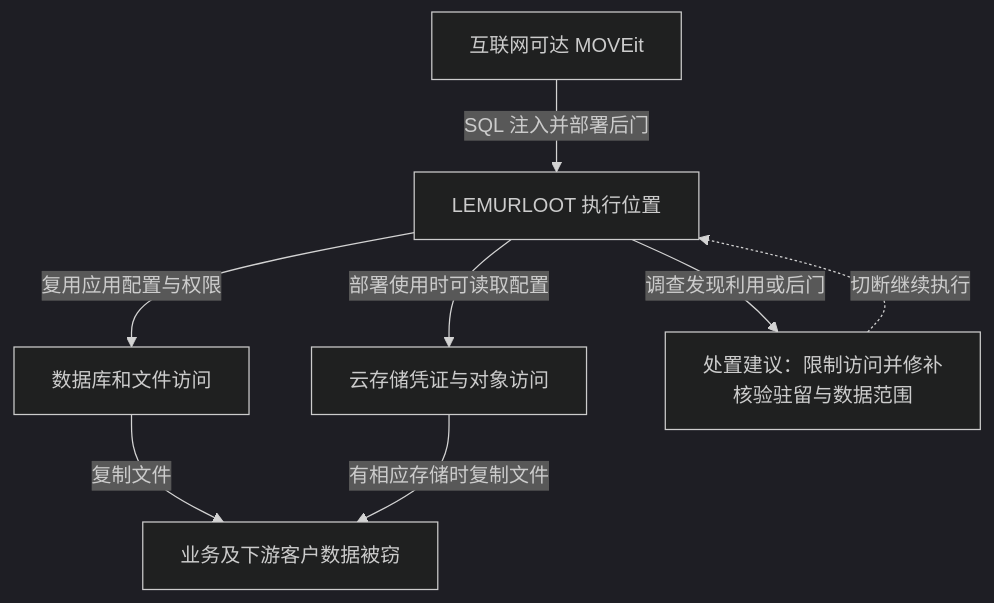
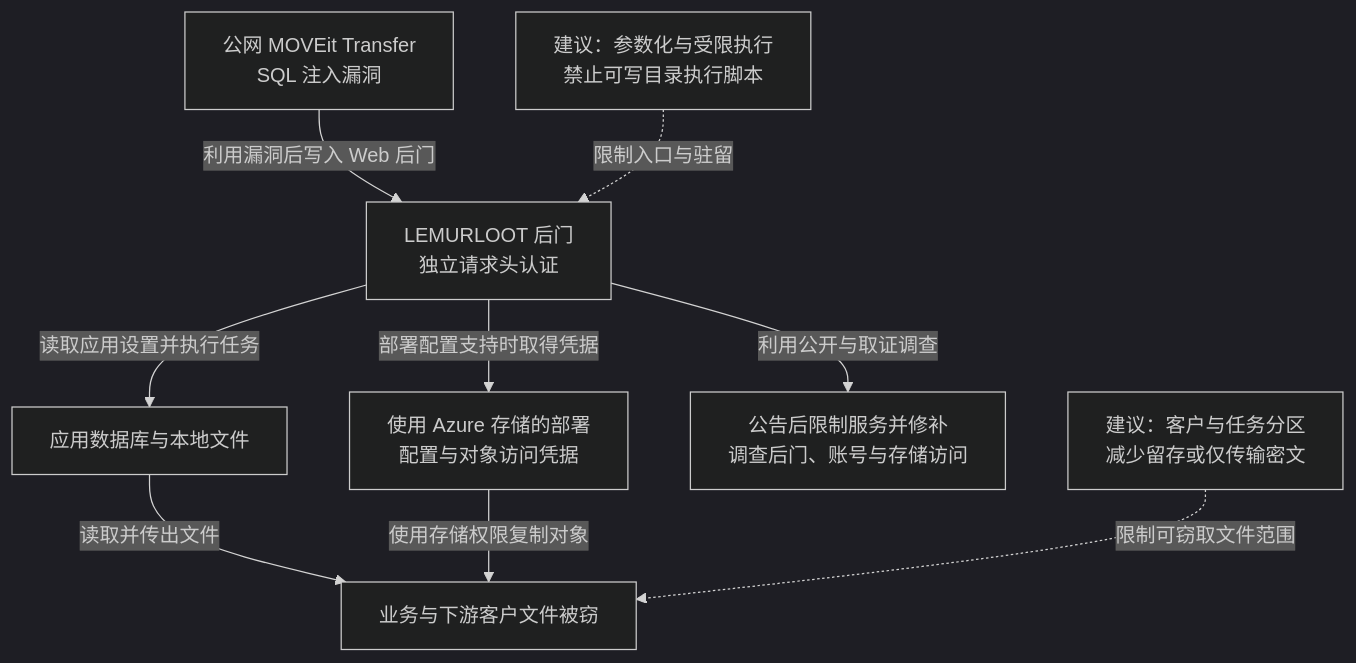
Before and after one commit to FeeiCN/FEEI.CN: the diagram in docs/01-网络安全/01-网络空间安全/01-安全威胁/01-历史攻击事件/2023-MOVEit批量数据窃取事件分析.md, drawn with Mermaid (dark theme). The commit also changed other lines of this file and 21 other files, not shown here.

````diff
--- a/docs/01-网络安全/01-网络空间安全/01-安全威胁/01-历史攻击事件/2023-MOVEit批量数据窃取事件分析.md
+++ b/docs/01-网络安全/01-网络空间安全/01-安全威胁/01-历史攻击事件/2023-MOVEit批量数据窃取事件分析.md
@@ -31,14 +41,24 @@
 ```mermaid
 flowchart TB
-  accTitle: 中转服务的权限扩大文件窃取范围
-  accDescr: 外部攻击利用 SQL 注入后部署 LEMURLOOT，借应用配置访问文件与数据库；若部署使用 Azure 存储，还可能取得相应配置。发现利用后需限制入口、移除驻留并核对文件及凭证，修补不追回外传数据。
-  a["互联网可达 MOVEit"] -->|SQL 注入并部署后门| b["LEMURLOOT 执行位置"]
-  b -->|复用应用配置与权限| c["数据库和文件访问"]
-  b -->|部署使用时可读取配置| d["云存储凭证与对象访问"]
-  c -->|复制文件| e["业务及下游客户数据被窃"]
-  d -->|有相应存储时复制文件| e
-  b -->|调查发现利用或后门| r["处置建议：限制访问并修补<br/>核验驻留与数据范围"]
-  r -. 切断继续执行 .-> b
-  class a,b,c main
-  class r response
+  accTitle: 中转应用失陷如何扩大为多方文件失窃
+  accDescr: SQL 注入后部署的 LEMURLOOT 使用自有请求头认证，借应用配置读数据库与文件，使用 Azure 存储的部署还可能暴露云凭据。漏洞公告促使隔离、修补与调查；虚线是建议措施。
+  entry["公网 MOVEit Transfer<br/>SQL 注入漏洞"]
+  shell["LEMURLOOT 后门<br/>独立请求头认证"]
+  local["应用数据库与本地文件"]
+  cloud["使用 Azure 存储的部署<br/>配置与对象访问凭据"]
+  theft["业务与下游客户文件被窃"]
+  response["公告后限制服务并修补<br/>调查后门、账号与存储访问"]
+  runtimeControl["建议：参数化与受限执行<br/>禁止可写目录执行脚本"]
+  dataControl["建议：客户与任务分区<br/>减少留存或仅传输密文"]
+  entry -->|利用漏洞后写入 Web 后门| shell
+  shell -->|读取应用设置并执行任务| local
+  shell -->|部署配置支持时取得凭据| cloud
+  local -->|读取并传出文件| theft
+  cloud -->|使用存储权限复制对象| theft
+  shell -->|利用公开与取证调查| response
+  runtimeControl -. 限制入口与驻留 .-> shell
+  dataControl -. 限制可窃取文件范围 .-> theft
+  class entry,shell,local,cloud,theft main
+  class response response
+  class runtimeControl,dataControl note
 ```
````
